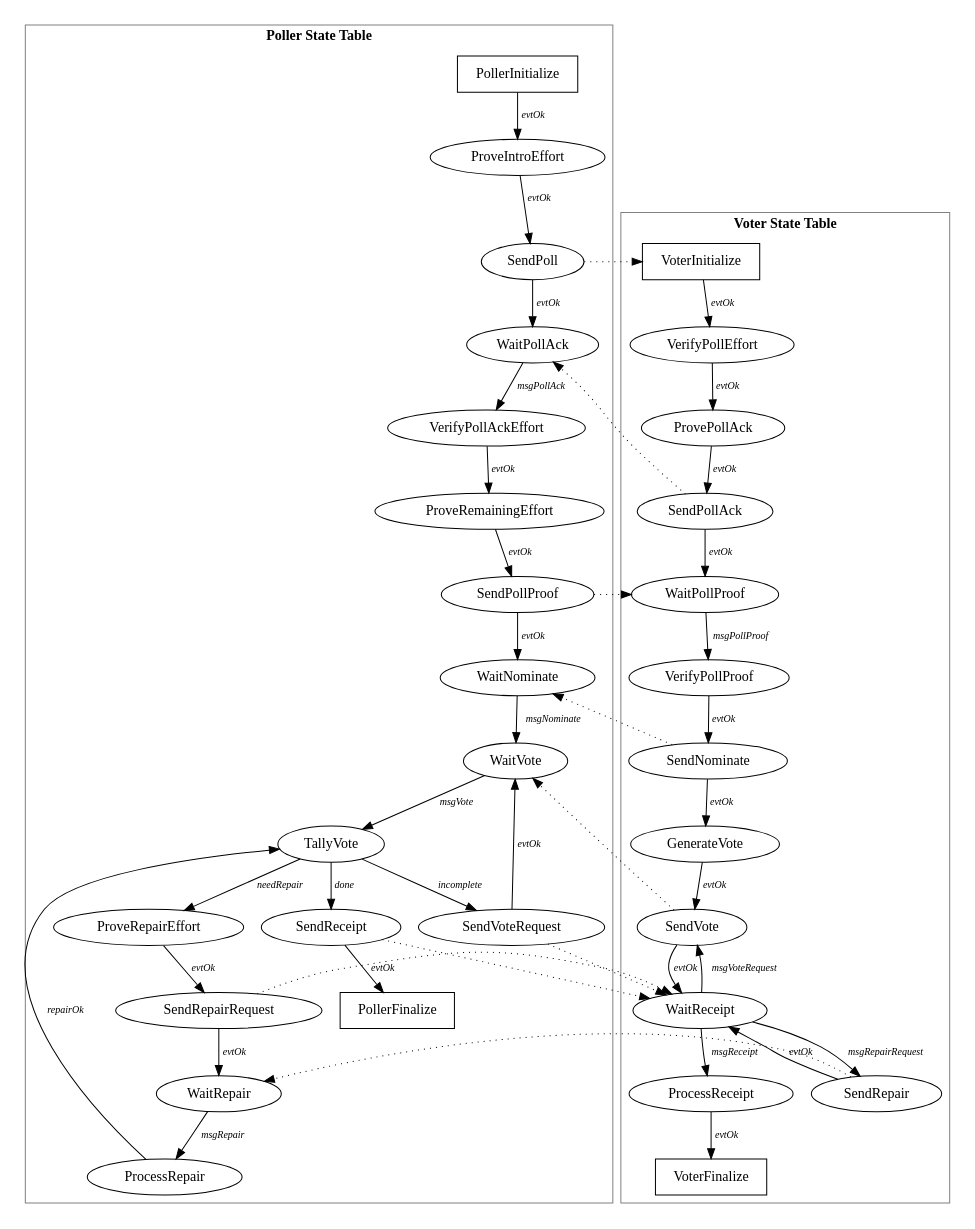
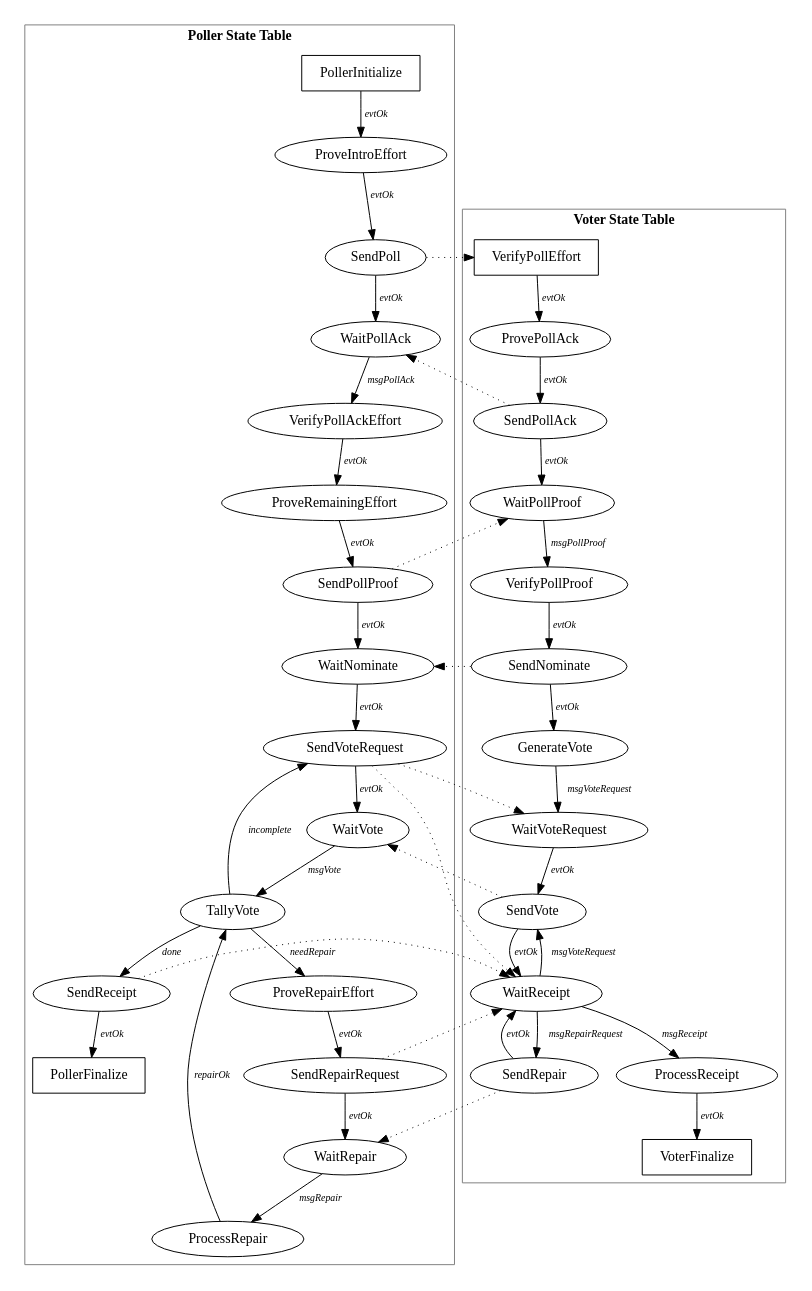
Before and after one commit to fkautz/cmusv-practicum: the diagram in src/org/lockss/poller/v3/states.dot, drawn with Graphviz.

Commit message:
New state machine diagram

```diff
--- a/src/org/lockss/poller/v3/states.dot
+++ b/src/org/lockss/poller/v3/states.dot
@@ -1,109 +1,110 @@
 /* -*- Mode: C -*- */
 /*
  * $Id$
  */
 /*
 Copyright (c) 2000-2005 Board of Trustees of Leland Stanford Jr. University,
 all rights reserved.
 
 Permission is hereby granted, free of charge, to any person obtaining a copy
 of this software and associated documentation files (the "Software"), to deal
 in the Software without restriction, including without limitation the rights
 to use, copy, modify, merge, publish, distribute, sublicense, and/or sell
 copies of the Software, and to permit persons to whom the Software is
 furnished to do so, subject to the following conditions:
 
 The above copyright notice and this permission notice shall be included in
 all copies or substantial portions of the Software.
 
 THE SOFTWARE IS PROVIDED "AS IS", WITHOUT WARRANTY OF ANY KIND, EXPRESS OR
 IMPLIED, INCLUDING BUT NOT LIMITED TO THE WARRANTIES OF MERCHANTABILITY,
 FITNESS FOR A PARTICULAR PURPOSE AND NONINFRINGEMENT.  IN NO EVENT SHALL
 STANFORD UNIVERSITY BE LIABLE FOR ANY CLAIM, DAMAGES OR OTHER LIABILITY,
 WHETHER IN AN ACTION OF CONTRACT, TORT OR OTHERWISE, ARISING FROM, OUT OF OR
 IN CONNECTION WITH THE SOFTWARE OR THE USE OR OTHER DEALINGS IN THE SOFTWARE.
 
 Except as contained in this notice, the name of Stanford University shall not
 be used in advertising or otherwise to promote the sale, use or other dealings
 in this Software without prior written authorization from Stanford University.
 */
 
 /*
  * State diagrams of V3 polling protocol.
  *
  * To generate postscript, run    dot -Tps -o <outfile>.ps states.dot
  */
 
 digraph StateMachine {
   edge [fontname="Times-Italic"];
   node [fontname="Times-Roman"];
 
   subgraph cluster0 {
     color=grey;
     fontname="Times-Bold";
     fontsize="14";
     label="Poller State Table";
 
     PollerInitialize [shape=box];
     PollerFinalize [shape=box];
 
     PollerInitialize -> ProveIntroEffort [label="evtOk",fontsize="10"];
     ProveIntroEffort -> SendPoll [label="evtOk",fontsize="10"];
     SendPoll -> WaitPollAck [label="evtOk",fontsize="10"];
     WaitPollAck -> VerifyPollAckEffort [label="msgPollAck",fontsize="10"];
     VerifyPollAckEffort -> ProveRemainingEffort [label="evtOk",fontsize="10"];
     ProveRemainingEffort -> SendPollProof [label="evtOk",fontsize="10"];
     SendPollProof -> WaitNominate [label="evtOk",fontsize="10"];
-    WaitNominate -> WaitVote [label="msgNominate",fontsize="10"];
+    WaitNominate -> SendVoteRequest [label="evtOk",fontsize="10"];
     WaitVote -> TallyVote [label="msgVote",fontsize="10"];
     TallyVote -> SendVoteRequest [label="incomplete",fontsize="10"];
     SendVoteRequest -> WaitVote [label="evtOk",fontsize="10"];
     TallyVote -> ProveRepairEffort [label="needRepair",fontsize="10"];
     TallyVote -> SendReceipt [label="done",fontsize="10"];
     ProveRepairEffort -> SendRepairRequest [label="evtOk",fontsize="10"];
     SendRepairRequest -> WaitRepair [label="evtOk",fontsize="10"];
     WaitRepair -> ProcessRepair [label="msgRepair",fontsize="10"];
     ProcessRepair -> TallyVote [label="repairOk",fontsize="10"];
     SendReceipt -> PollerFinalize [label="evtOk",fontsize="10"];
   }
 
   subgraph cluster1 {
     color=grey;
     fontname="Times-Bold";
     fontsize="14";
     label="Voter State Table";
 
-    VoterInitialize [shape=box];
+    VerifyPollEffort [shape=box];
     VoterFinalize [shape=box];
 
-    VoterInitialize -> VerifyPollEffort [label="evtOk",fontsize="10"];
     VerifyPollEffort -> ProvePollAck [label="evtOk",fontsize="10"];
     ProvePollAck -> SendPollAck [label="evtOk",fontsize="10"];
     SendPollAck -> WaitPollProof [label="evtOk",fontsize="10"];
     WaitPollProof -> VerifyPollProof [label="msgPollProof",fontsize="10"];
     VerifyPollProof -> SendNominate [label="evtOk",fontsize="10"];
     SendNominate -> GenerateVote [label="evtOk",fontsize="10"];
-    GenerateVote -> SendVote [label="evtOk",fontsize="10"];
+    GenerateVote -> WaitVoteRequest [label="msgVoteRequest",fontsize="10"];
+    WaitVoteRequest -> SendVote [label="evtOk",fontsize="10"];
     SendVote -> WaitReceipt [label="evtOk",fontsize="10"];
     WaitReceipt -> SendVote [label="msgVoteRequest",fontsize="10"];
     WaitReceipt -> SendRepair [label="msgRepairRequest",fontsize="10"];
     WaitReceipt -> ProcessReceipt [label="msgReceipt",fontsize="10"];
     SendRepair -> WaitReceipt [label="evtOk",fontsize="10"];
     ProcessReceipt -> VoterFinalize [label="evtOk",fontsize="10"];
   }
 
   center=true;
 
   page="8.5,11";
   size="7.5,10";
 
-  SendPoll -> VoterInitialize [style=dotted];
+  SendPoll -> VerifyPollEffort [style=dotted];
   SendPollAck -> WaitPollAck [style=dotted];
   SendNominate -> WaitNominate [style=dotted];
   SendVote -> WaitVote [style=dotted];
+  SendVoteRequest -> WaitVoteRequest [style=dotted];
   SendVoteRequest -> WaitReceipt [style=dotted];
   SendPollProof -> WaitPollProof [style=dotted];
   SendReceipt -> WaitReceipt [style=dotted];
   SendRepairRequest -> WaitReceipt [style=dotted];
   SendRepair -> WaitRepair [style=dotted];
 }
```
